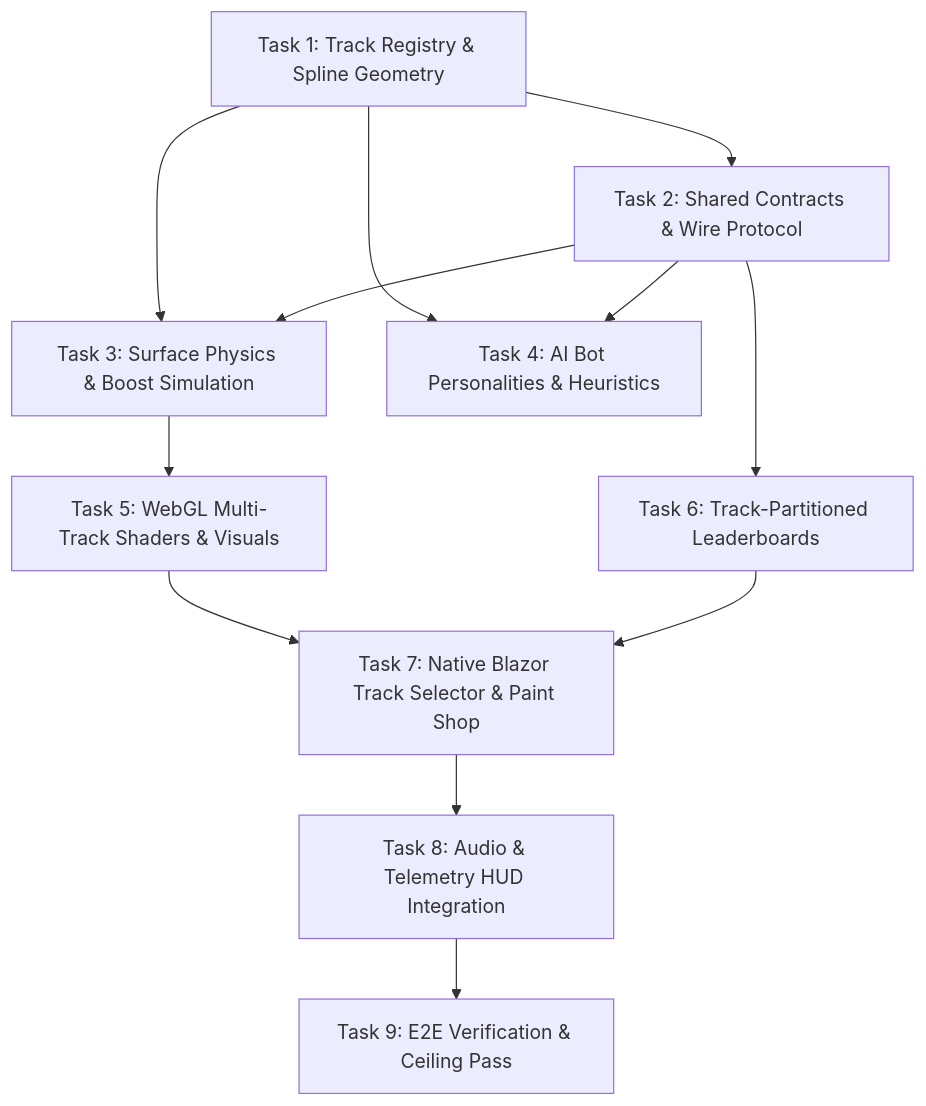
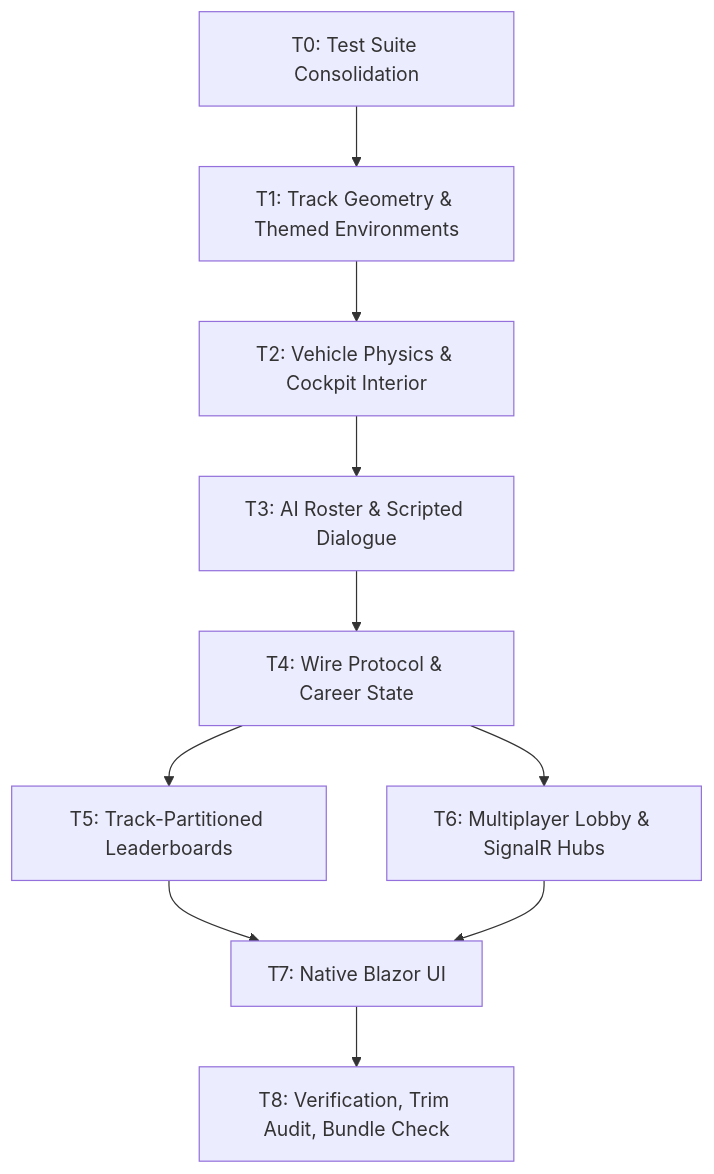
The diagram in tasks/plan.md (punkouter26/PoMiniGames), drawn with Mermaid before and after one commit. The commit also changed other lines of this file and 8 other files, not shown here.

Commit message:
wires the three themed tracks into the registry

````diff
--- a/tasks/plan.md
+++ b/tasks/plan.md
@@ -39,14 +54,13 @@
 ```mermaid
 graph TD
-    T1[Task 1: Track Registry & Spline Geometry] --> T2[Task 2: Shared Contracts & Wire Protocol]
-    T1 --> T3[Task 3: Surface Physics & Boost Simulation]
-    T1 --> T4[Task 4: AI Bot Personalities & Heuristics]
-    T2 --> T3
-    T2 --> T4
-    T3 --> T5[Task 5: WebGL Multi-Track Shaders & Visuals]
-    T2 --> T6[Task 6: Track-Partitioned Leaderboards]
-    T5 --> T7[Task 7: Native Blazor Track Selector & Paint Shop]
-    T6 --> T7
-    T7 --> T8[Task 8: Audio & Telemetry HUD Integration]
-    T8 --> T9[Task 9: E2E Verification & Ceiling Pass]
+    T0[T0: Test Suite Consolidation] --> T1
+    T1[T1: Track Geometry & Themed Environments] --> T2
+    T2[T2: Vehicle Physics & Cockpit Interior] --> T3
+    T3[T3: AI Roster & Scripted Dialogue] --> T4
+    T4[T4: Wire Protocol & Career State] --> T5
+    T4 --> T6
+    T5[T5: Track-Partitioned Leaderboards] --> T7
+    T6[T6: Multiplayer Lobby & SignalR Hubs] --> T7
+    T7[T7: Native Blazor UI] --> T8
+    T8[T8: Verification, Trim Audit, Bundle Check]
 ```
````
